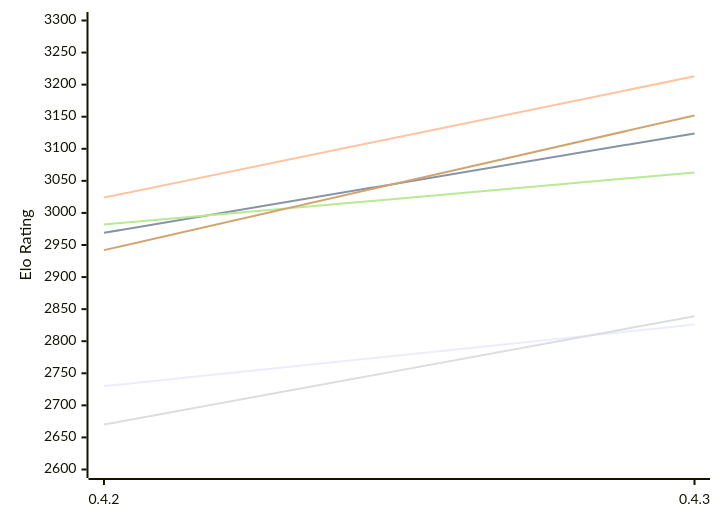
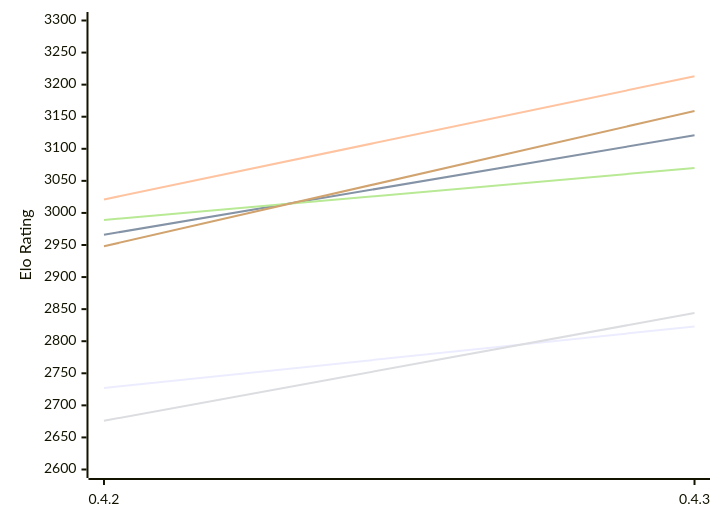
One commit to computer-chess-index/cci changed the first of 2 diagrams in engines/Dual.md. Above: the diagram before and after it, drawn with Mermaid. The commit also changed other lines of this file, not shown here.

Commit message:
Update CCI Ratings (ELO VLTC) - 2026-11-23

````diff
--- a/engines/Dual.md
+++ b/engines/Dual.md
@@ -56,12 +56,12 @@
 ```mermaid
 %%{init: {"theme":"base","themeVariables":{"seriesColors:['#a3a3a3','#222221','#faa371']}}}%%
 xychart-beta
   x-axis ["0.4.2", "0.4.3"]
   y-axis "Elo Rating" 2600 --> 3300
-  line "E1: STC (8.0+0.08s)" [2730, 2826]
-  line "E1: LTC (60.0+0.60s)" [2969, 3124]
-  line "E1: VLTC (2m24s+1.12s)" [3024, 3213]
-  line "P1: STC (8.0+0.08s)" [2670, 2839]
-  line "P1: LTC (60.0+0.60s)" [2982, 3063]
-  line "P1: VLTC (2m24s+1.12s)" [2942, 3152]
+  line "E1: STC (8.0+0.08s)" [2727, 2823]
+  line "E1: LTC (60.0+0.60s)" [2966, 3121]
+  line "E1: VLTC (2m24s+1.12s)" [3021, 3213]
+  line "P1: STC (8.0+0.08s)" [2676, 2844]
+  line "P1: LTC (60.0+0.60s)" [2989, 3070]
+  line "P1: VLTC (2m24s+1.12s)" [2948, 3159]
 ```
````
